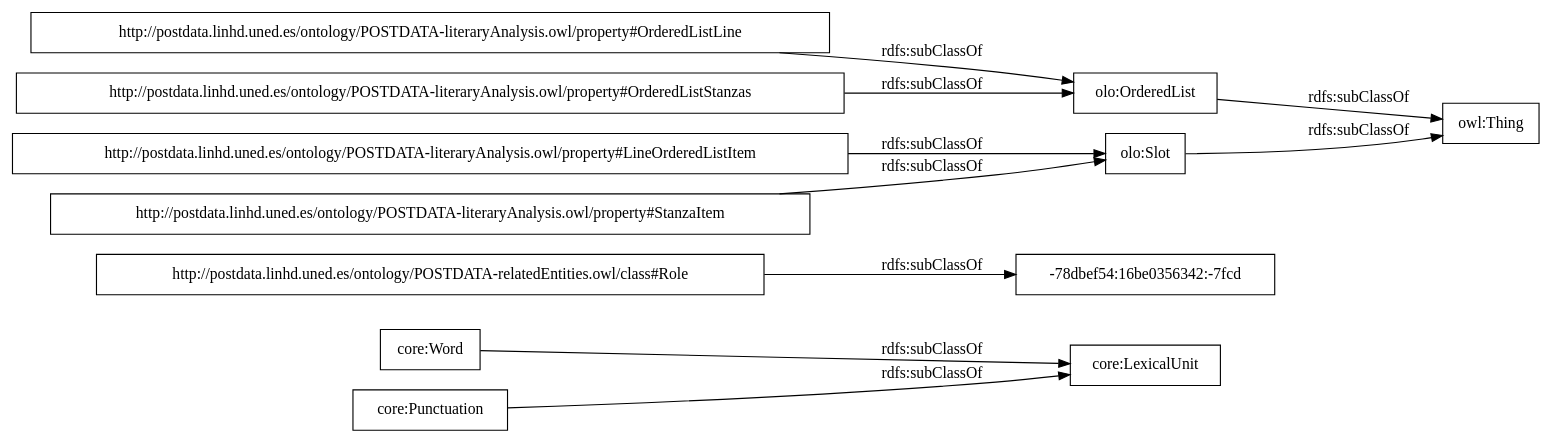
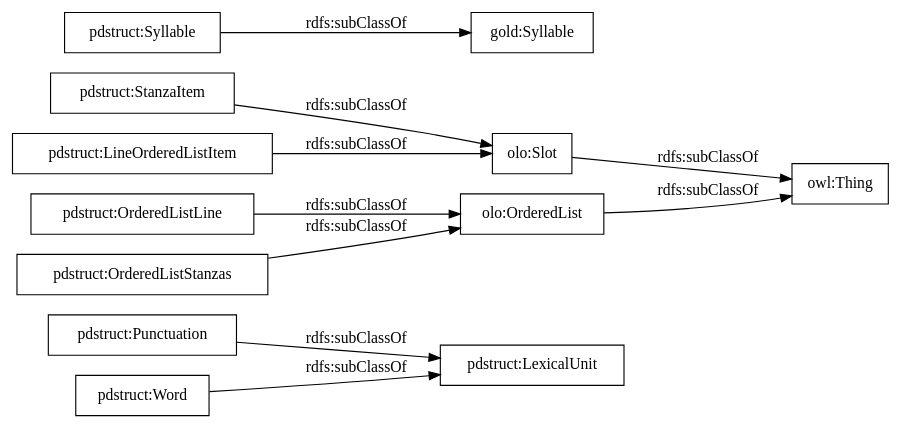
Before and after one commit to linhd-postdata/structuralElements-ontology: the diagram in OnToology/postdata-structuralElements.owl/diagrams/ar2dtool-taxonomy/postdata-structuralElements.owl.png.dot, drawn with Graphviz. The commit also changed 12 other files, not shown here.

```diff
--- a/OnToology/postdata-structuralElements.owl/diagrams/ar2dtool-taxonomy/postdata-structuralElements.owl.png.dot
+++ b/OnToology/postdata-structuralElements.owl/diagrams/ar2dtool-taxonomy/postdata-structuralElements.owl.png.dot
@@ -1,15 +1,15 @@
 digraph ar2dtool_diagram { 
 rankdir=LR;
 size="1000"
-node [shape = rectangle, color="black"]; "core:Word" "-78dbef54:16be0356342:-7fcd" "http://postdata.linhd.uned.es/ontology/POSTDATA-literaryAnalysis.owl/property#OrderedListLine" "core:LexicalUnit" "core:Punctuation" "http://postdata.linhd.uned.es/ontology/POSTDATA-literaryAnalysis.owl/property#StanzaItem" "http://postdata.linhd.uned.es/ontology/POSTDATA-literaryAnalysis.owl/property#OrderedListStanzas" "http://postdata.linhd.uned.es/ontology/POSTDATA-relatedEntities.owl/class#Role" "http://postdata.linhd.uned.es/ontology/POSTDATA-literaryAnalysis.owl/property#LineOrderedListItem" "olo:Slot" "olo:OrderedList" ; /*classes style*/
-	"core:Punctuation" -> "core:LexicalUnit" [ label = "rdfs:subClassOf" ];
-	"http://postdata.linhd.uned.es/ontology/POSTDATA-literaryAnalysis.owl/property#StanzaItem" -> "olo:Slot" [ label = "rdfs:subClassOf" ];
+node [shape = rectangle, color="black"]; "pdstruct:Punctuation" "pdstruct:StanzaItem" "pdstruct:Word" "gold:Syllable" "pdstruct:LineOrderedListItem" "pdstruct:Syllable" "pdstruct:OrderedListStanzas" "pdstruct:OrderedListLine" "pdstruct:LexicalUnit" "olo:Slot" "olo:OrderedList" ; /*classes style*/
+	"pdstruct:LineOrderedListItem" -> "olo:Slot" [ label = "rdfs:subClassOf" ];
+	"pdstruct:Word" -> "pdstruct:LexicalUnit" [ label = "rdfs:subClassOf" ];
 	"olo:OrderedList" -> "owl:Thing" [ label = "rdfs:subClassOf" ];
+	"pdstruct:OrderedListStanzas" -> "olo:OrderedList" [ label = "rdfs:subClassOf" ];
 	"olo:Slot" -> "owl:Thing" [ label = "rdfs:subClassOf" ];
-	"http://postdata.linhd.uned.es/ontology/POSTDATA-literaryAnalysis.owl/property#LineOrderedListItem" -> "olo:Slot" [ label = "rdfs:subClassOf" ];
-	"http://postdata.linhd.uned.es/ontology/POSTDATA-literaryAnalysis.owl/property#OrderedListStanzas" -> "olo:OrderedList" [ label = "rdfs:subClassOf" ];
-	"http://postdata.linhd.uned.es/ontology/POSTDATA-relatedEntities.owl/class#Role" -> "-78dbef54:16be0356342:-7fcd" [ label = "rdfs:subClassOf" ];
-	"http://postdata.linhd.uned.es/ontology/POSTDATA-literaryAnalysis.owl/property#OrderedListLine" -> "olo:OrderedList" [ label = "rdfs:subClassOf" ];
-	"core:Word" -> "core:LexicalUnit" [ label = "rdfs:subClassOf" ];
+	"pdstruct:Syllable" -> "gold:Syllable" [ label = "rdfs:subClassOf" ];
+	"pdstruct:StanzaItem" -> "olo:Slot" [ label = "rdfs:subClassOf" ];
+	"pdstruct:OrderedListLine" -> "olo:OrderedList" [ label = "rdfs:subClassOf" ];
+	"pdstruct:Punctuation" -> "pdstruct:LexicalUnit" [ label = "rdfs:subClassOf" ];
 
 }
```
